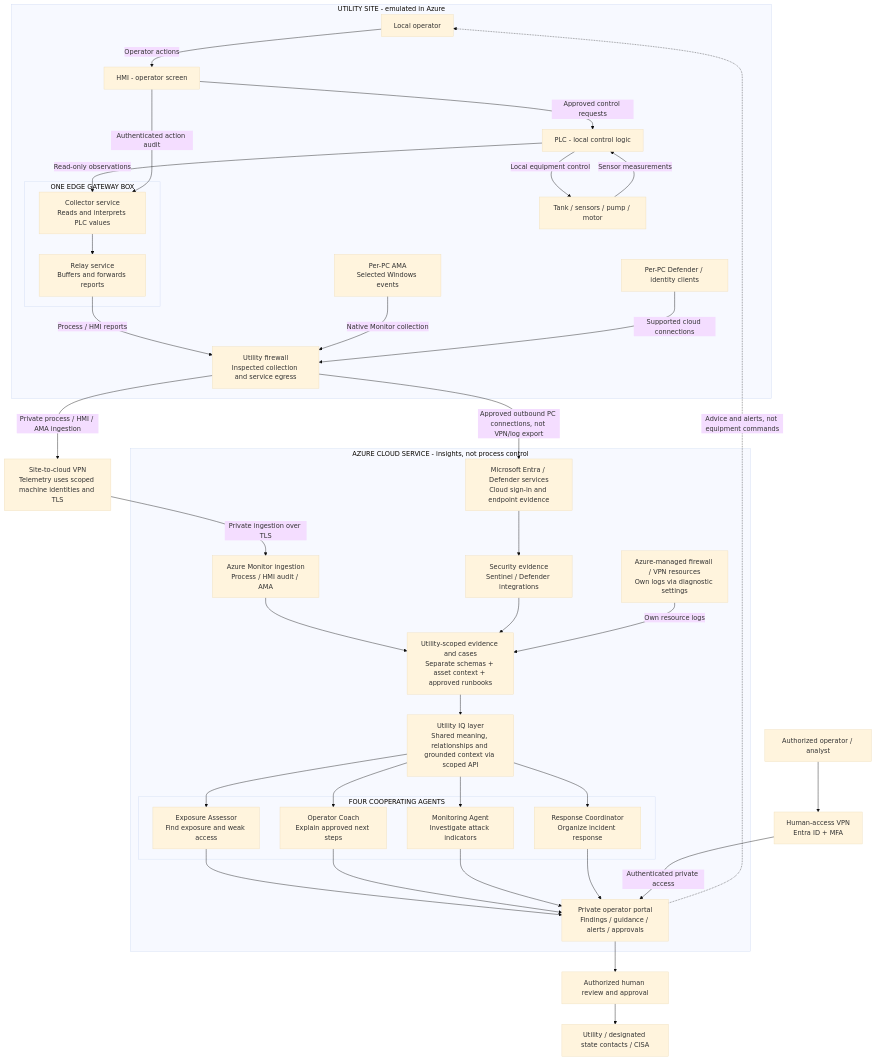
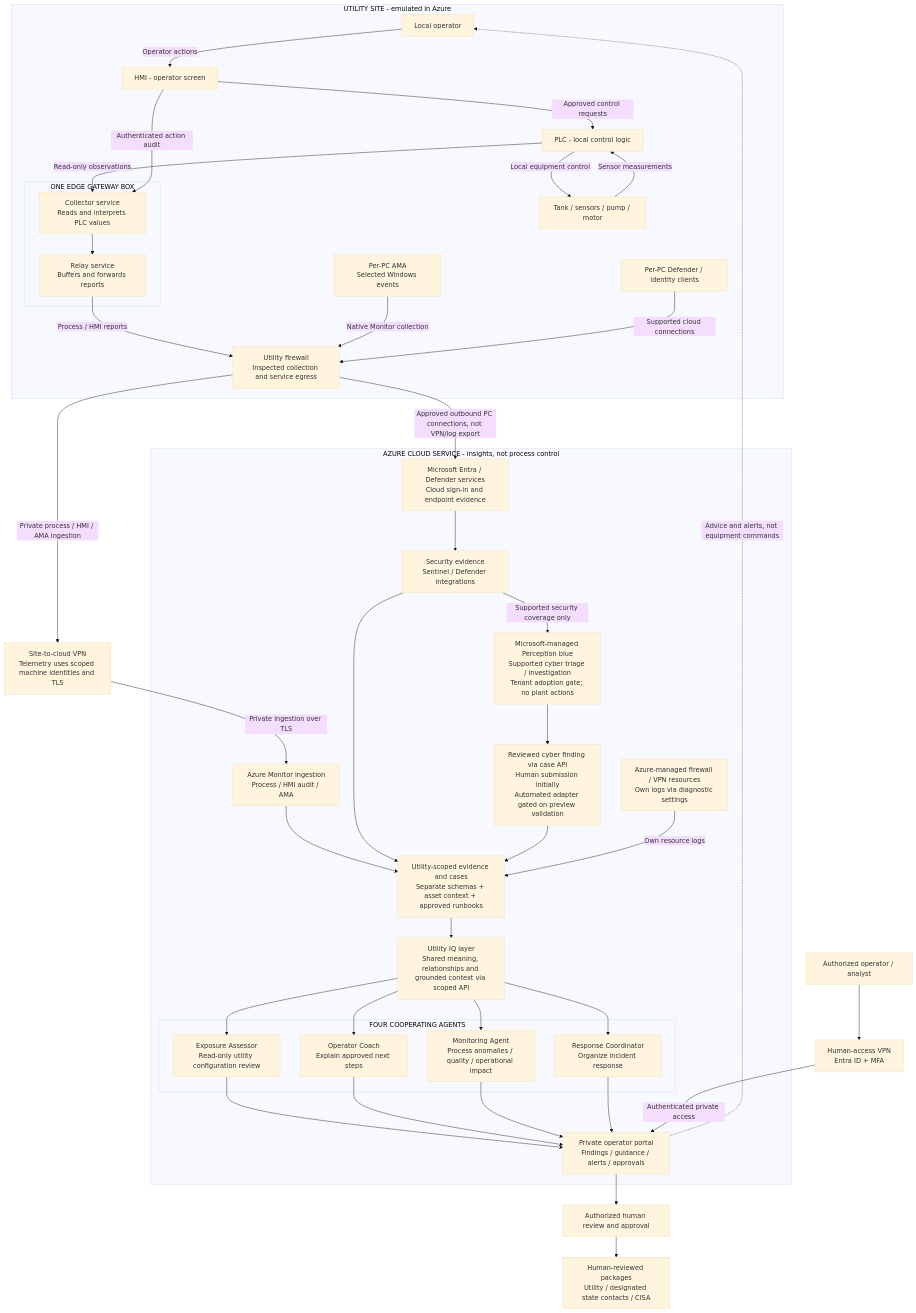
Before and after one commit to srvenkatms/WaterSupplyInisghtIQ: the first of 4 diagrams in docs/target-architecture.md, drawn with Mermaid (base theme). The commit also changed other lines of this file and 1 other file, not shown here.

First line of the commit message:
Document Utility IQ ontology and Perception blue architecture

````diff
--- a/docs/target-architecture.md
+++ b/docs/target-architecture.md
@@ -64,68 +75,72 @@
 ```mermaid
 flowchart TB
   subgraph UtilityConcept["UTILITY SITE - emulated in Azure"]
     LocalOperator["Local operator"]
     LocalHMI["HMI - operator screen"]
     LocalPLC["PLC - local control logic"]
     Equipment["Tank / sensors / pump / motor"]
     subgraph EdgeConcept["ONE EDGE GATEWAY BOX"]
       ReadCollector["Collector service<br/>Reads and interprets PLC values"]
       ForwardRelay["Relay service<br/>Buffers and forwards reports"]
     end
     HostEvents["Per-PC AMA<br/>Selected Windows events"]
     EndpointClients["Per-PC Defender / identity clients"]
     UtilityFirewall["Utility firewall<br/>Inspected collection and service egress"]
     LocalOperator -->|"Operator actions"| LocalHMI
     LocalHMI -->|"Approved control requests"| LocalPLC
     LocalPLC -->|"Local equipment control"| Equipment
     Equipment -->|"Sensor measurements"| LocalPLC
     LocalPLC -->|"Read-only observations"| ReadCollector
     LocalHMI -->|"Authenticated action audit"| ReadCollector
     ReadCollector --> ForwardRelay
     ForwardRelay -->|"Process / HMI reports"| UtilityFirewall
     HostEvents -->|"Native Monitor collection"| UtilityFirewall
     EndpointClients -->|"Supported cloud connections"| UtilityFirewall
   end
 
   SiteConnection["Site-to-cloud VPN<br/>Telemetry uses scoped machine identities and TLS"]
   RemoteHuman["Authorized operator / analyst"]
   HumanConnection["Human-access VPN<br/>Entra ID + MFA"]
   UtilityFirewall -->|"Private process / HMI / AMA ingestion"| SiteConnection
   RemoteHuman --> HumanConnection
 
   subgraph CloudConcept["AZURE CLOUD SERVICE - insights, not process control"]
     WaterReceiver["Azure Monitor ingestion<br/>Process / HMI audit / AMA"]
     SecurityReceiver["Security evidence<br/>Sentinel / Defender integrations"]
     CloudSecurity["Microsoft Entra / Defender services<br/>Cloud sign-in and endpoint evidence"]
     ResourceDiagnostics["Azure-managed firewall / VPN resources<br/>Own logs via diagnostic settings"]
     EvidenceContext["Utility-scoped evidence and cases<br/>Separate schemas + asset context + approved runbooks"]
     UtilityIQ["Utility IQ layer<br/>Shared meaning, relationships and grounded context via scoped API"]
     subgraph AgentConcept["FOUR COOPERATING AGENTS"]
-      Exposure["Exposure Assessor<br/>Find exposure and weak access"]
+      Exposure["Exposure Assessor<br/>Read-only utility configuration review"]
       Coach["Operator Coach<br/>Explain approved next steps"]
-      Monitor["Monitoring Agent<br/>Investigate attack indicators"]
+      Monitor["Monitoring Agent<br/>Process anomalies / quality / operational impact"]
       Coordinator["Response Coordinator<br/>Organize incident response"]
     end
     PrivatePortal["Private operator portal<br/>Findings / guidance / alerts / approvals"]
+    Perception["Microsoft-managed Perception blue<br/>Supported cyber triage / investigation<br/>Tenant adoption gate; no plant actions"]
+    CyberHandoff["Reviewed cyber finding via case API<br/>Human submission initially<br/>Automated adapter gated on preview validation"]
     WaterReceiver --> EvidenceContext
     SecurityReceiver --> EvidenceContext
     CloudSecurity --> SecurityReceiver
+    SecurityReceiver -->|"Supported security coverage only"| Perception
+    Perception --> CyberHandoff --> EvidenceContext
     ResourceDiagnostics -->|"Own resource logs"| EvidenceContext
     EvidenceContext --> UtilityIQ
     UtilityIQ --> Exposure
     UtilityIQ --> Coach
     UtilityIQ --> Monitor
     UtilityIQ --> Coordinator
     Exposure --> PrivatePortal
     Coach --> PrivatePortal
     Monitor --> PrivatePortal
     Coordinator --> PrivatePortal
   end
 
   SiteConnection -->|"Private ingestion over TLS"| WaterReceiver
   UtilityFirewall -->|"Approved outbound PC connections, not VPN/log export"| CloudSecurity
   HumanConnection -->|"Authenticated private access"| PrivatePortal
   PrivatePortal -.->|"Advice and alerts, not equipment commands"| LocalOperator
   PrivatePortal --> Approval["Authorized human review and approval"]
-  Approval --> Contacts["Utility / designated state contacts / CISA"]
+  Approval --> Contacts["Human-reviewed packages<br/>Utility / designated state contacts / CISA"]
 ```
````
